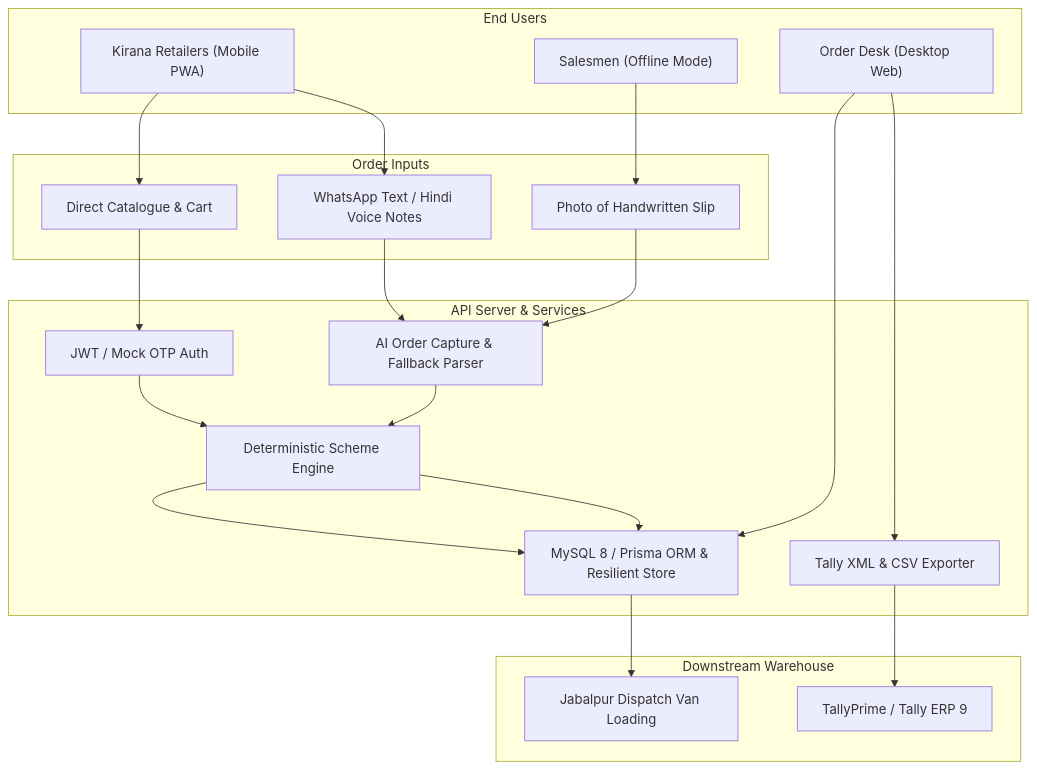
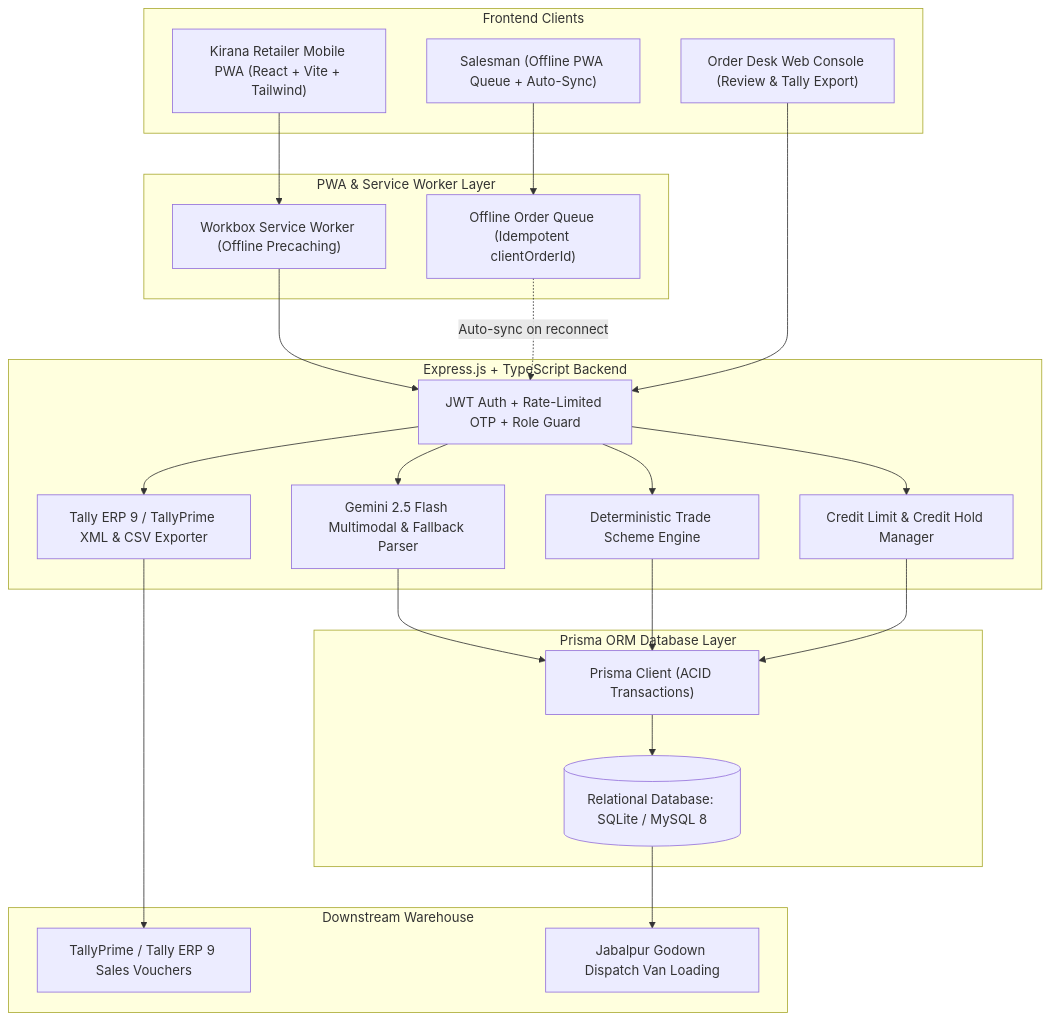
One commit to prabhakarboya/kirana-order-management-system changed the diagram in TECHNICAL_DESIGN_DOCUMENT.md. Above: the diagram before and after it, drawn with Mermaid. The commit also changed other lines of this file and 2 other files, not shown here.

````diff
--- a/TECHNICAL_DESIGN_DOCUMENT.md
+++ b/TECHNICAL_DESIGN_DOCUMENT.md
@@ -36,39 +34,48 @@
 ```mermaid
 flowchart TD
-    subgraph Users["End Users"]
-        RET["Kirana Retailers (Mobile PWA)"]
-        SAL["Salesmen (Offline Mode)"]
-        DESK["Order Desk (Desktop Web)"]
+    subgraph Clients["Frontend Clients"]
+        PWA["Kirana Retailer Mobile PWA (React + Vite + Tailwind)"]
+        SALESMAN["Salesman (Offline PWA Queue + Auto-Sync)"]
+        DESK_UI["Order Desk Web Console (Review & Tally Export)"]
     end
 
-    subgraph Channels["Order Inputs"]
-        UI_CART["Direct Catalogue & Cart"]
-        WA_TXT["WhatsApp Text / Hindi Voice Notes"]
-        PHOTO["Photo of Handwritten Slip"]
+    subgraph ServiceWorker["PWA & Service Worker Layer"]
+        SW["Workbox Service Worker (Offline Precaching)"]
+        QUEUE["Offline Order Queue (Idempotent clientOrderId)"]
     end
 
-    subgraph Backend["API Server & Services"]
-        AUTH["JWT / Mock OTP Auth"]
-        AI_PARSER["AI Order Capture & Fallback Parser"]
-        SCHEME["Deterministic Scheme Engine"]
-        TALLY["Tally XML & CSV Exporter"]
-        STORE["MySQL 8 / Prisma ORM & Resilient Store"]
+    subgraph BackendAPI["Express.js + TypeScript Backend"]
+        AUTH["JWT Auth + Rate-Limited OTP + Role Guard"]
+        AI_ENGINE["Gemini 2.5 Flash Multimodal & Fallback Parser"]
+        SCHEME_ENG["Deterministic Trade Scheme Engine"]
+        CREDIT_MGR["Credit Limit & Credit Hold Manager"]
+        TALLY_SRV["Tally ERP 9 / TallyPrime XML & CSV Exporter"]
+    end
+
+    subgraph Persistence["Prisma ORM Database Layer"]
+        PRISMA["Prisma Client (ACID Transactions)"]
+        DB[("Relational Database: SQLite / MySQL 8")]
     end
 
     subgraph ERP["Downstream Warehouse"]
-        TALLY_APP["TallyPrime / Tally ERP 9"]
-        DEPOT["Jabalpur Dispatch Van Loading"]
+        TALLY["TallyPrime / Tally ERP 9 Sales Vouchers"]
+        DEPOT["Jabalpur Godown Dispatch Van Loading"]
     end
 
-    RET --> UI_CART
-    RET --> WA_TXT
-    SAL --> PHOTO
+    PWA --> SW --> AUTH
+    SALESMAN --> QUEUE -.->|Auto-sync on reconnect| AUTH
+    DESK_UI --> AUTH
 
-    UI_CART --> AUTH --> SCHEME --> STORE
-    WA_TXT --> AI_PARSER --> SCHEME --> STORE
-    PHOTO --> AI_PARSER
+    AUTH --> AI_ENGINE
+    AUTH --> SCHEME_ENG
+    AUTH --> CREDIT_MGR
+    AUTH --> TALLY_SRV
 
-    DESK --> STORE
-    DESK --> TALLY --> TALLY_APP
-    STORE --> DEPOT
+    AI_ENGINE --> PRISMA
+    SCHEME_ENG --> PRISMA
+    CREDIT_MGR --> PRISMA
+    PRISMA --> DB
+
+    TALLY_SRV --> TALLY
+    DB --> DEPOT
 ```
````
